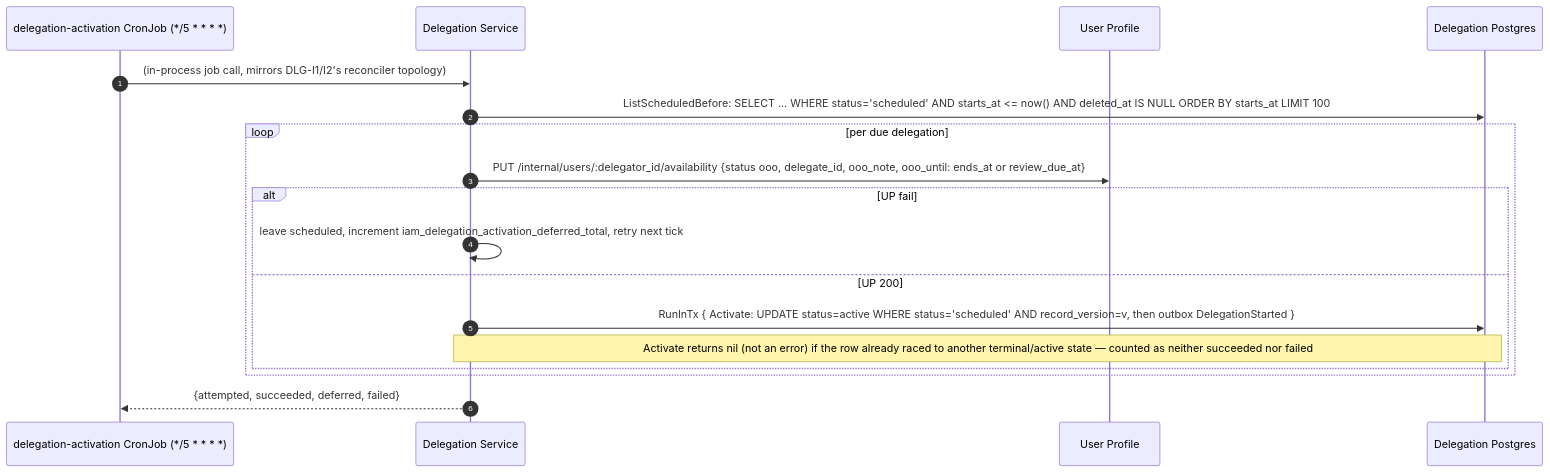
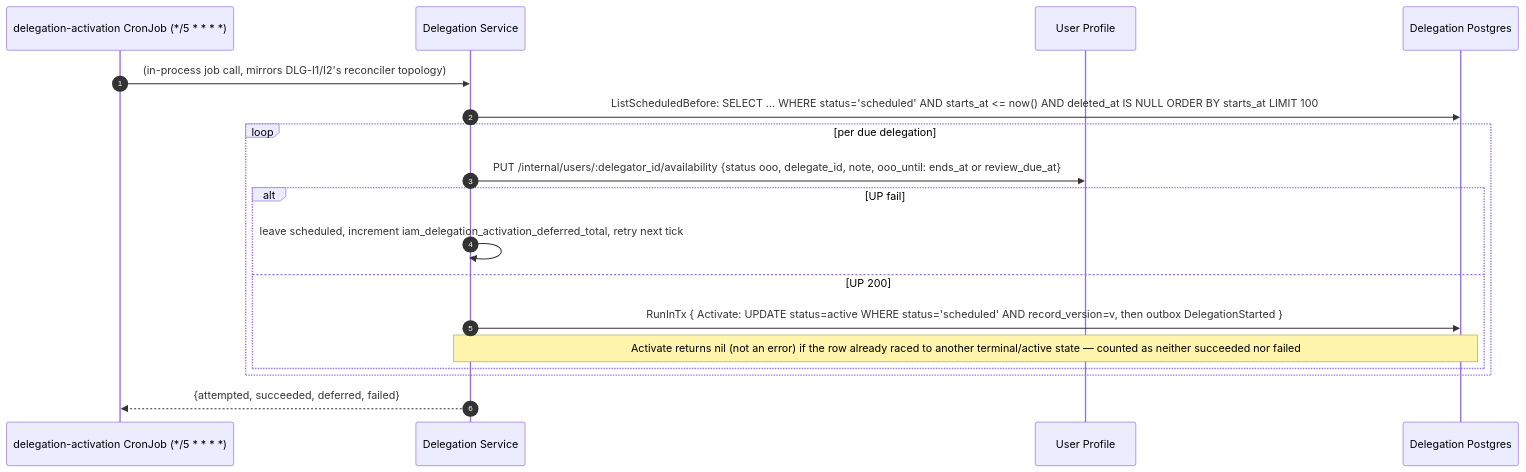
One commit to BCBP-SOLUTIONS-FZC-LLC/iam-delegation changed the sixth of 13 diagrams in ARCHITECTURE.md. Above: the diagram before and after it, drawn with Mermaid. The commit also changed other lines of this file and 73 other files, not shown here.

````diff
--- a/ARCHITECTURE.md
+++ b/ARCHITECTURE.md
@@ -395,21 +400,21 @@
 ```mermaid
 sequenceDiagram
     autonumber
     participant CR as delegation-activation CronJob (*/5 * * * *)
     participant DLG as Delegation Service
     participant UP as User Profile
     participant PG as Delegation Postgres
 
     CR->>DLG: (in-process job call, mirrors DLG-I1/I2's reconciler topology)
     DLG->>PG: ListScheduledBefore: SELECT ... WHERE status='scheduled' AND starts_at <= now() AND deleted_at IS NULL ORDER BY starts_at LIMIT 100
     loop per due delegation
-        DLG->>UP: PUT /internal/users/:delegator_id/availability {status ooo, delegate_id, ooo_note, ooo_until: ends_at or review_due_at}
+        DLG->>UP: PUT /internal/users/:delegator_id/availability {status ooo, delegate_id, note, ooo_until: ends_at or review_due_at}
         alt UP fail
             DLG->>DLG: leave scheduled, increment iam_delegation_activation_deferred_total, retry next tick
         else UP 200
             DLG->>PG: RunInTx { Activate: UPDATE status=active WHERE status='scheduled' AND record_version=v, then outbox DelegationStarted }
             Note over DLG,PG: Activate returns nil (not an error) if the row already raced to another terminal/active state — counted as neither succeeded nor failed
         end
     end
     DLG-->>CR: {attempted, succeeded, deferred, failed}
 ```
````
